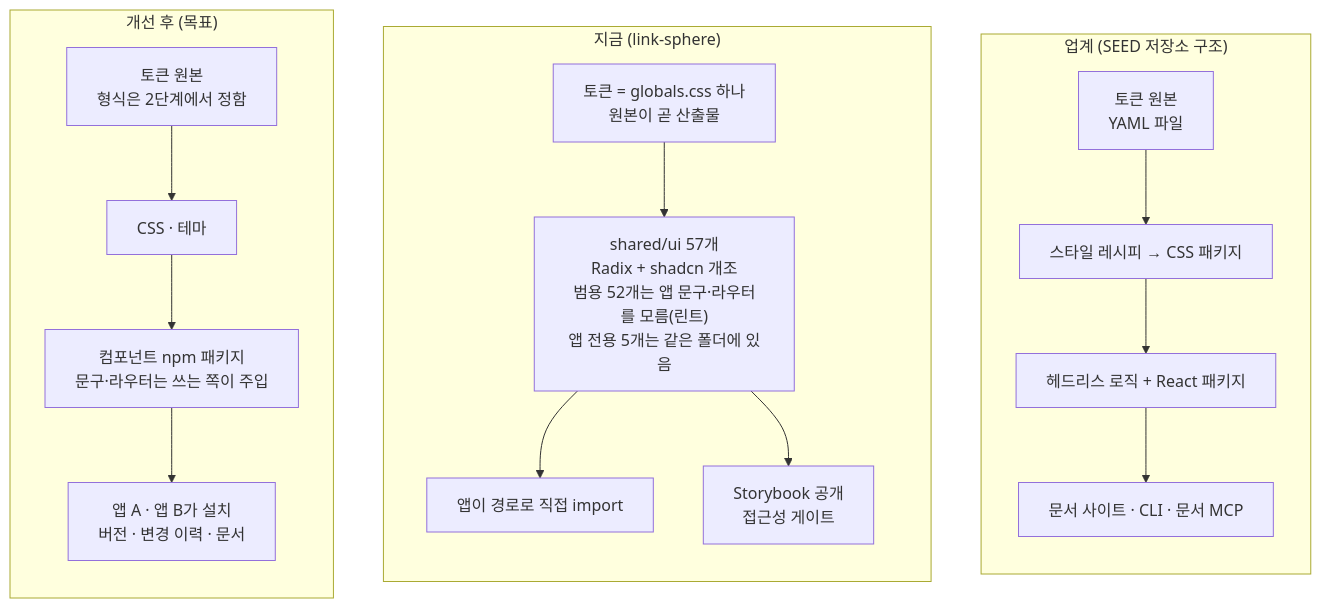
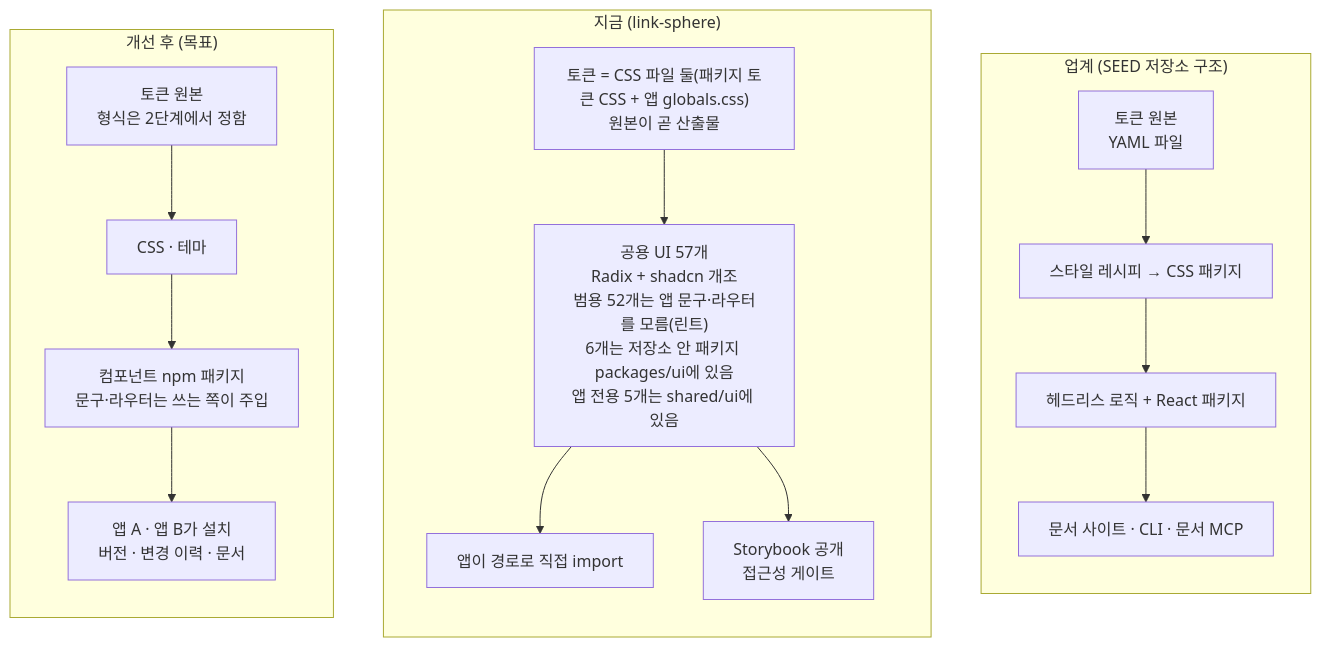
Before and after one commit to BAECHAN/link-sphere_FE_NEW: the diagram in docs/DESIGN-SYSTEM-ROADMAP.md, drawn with Mermaid. The commit also changed other lines of this file and 246 other files, not shown here.

````diff
--- a/docs/DESIGN-SYSTEM-ROADMAP.md
+++ b/docs/DESIGN-SYSTEM-ROADMAP.md
@@ -51,21 +51,21 @@
 ```mermaid
 flowchart TB
     subgraph std ["업계 (SEED 저장소 구조)"]
         direction TB
         S1["토큰 원본<br/>YAML 파일"] --> S2["스타일 레시피 → CSS 패키지"]
         S2 --> S3["헤드리스 로직 + React 패키지"]
         S3 --> S4["문서 사이트 · CLI · 문서 MCP"]
     end
     subgraph now ["지금 (link-sphere)"]
         direction TB
-        N1["토큰 = globals.css 하나<br/>원본이 곧 산출물"] --> N2["shared/ui 57개<br/>Radix + shadcn 개조<br/>범용 52개는 앱 문구·라우터를 모름(린트)<br/>앱 전용 5개는 같은 폴더에 있음"]
+        N1["토큰 = CSS 파일 둘(패키지 토큰 CSS + 앱 globals.css)<br/>원본이 곧 산출물"] --> N2["공용 UI 57개<br/>Radix + shadcn 개조<br/>범용 52개는 앱 문구·라우터를 모름(린트)<br/>6개는 저장소 안 패키지 packages/ui에 있음<br/>앱 전용 5개는 shared/ui에 있음"]
         N2 --> N3["앱이 경로로 직접 import"]
         N2 --> N4["Storybook 공개<br/>접근성 게이트"]
     end
     subgraph after ["개선 후 (목표)"]
         direction TB
         A1["토큰 원본<br/>형식은 2단계에서 정함"] --> A2["CSS · 테마"]
         A2 --> A3["컴포넌트 npm 패키지<br/>문구·라우터는 쓰는 쪽이 주입"]
         A3 --> A4["앱 A · 앱 B가 설치<br/>버전 · 변경 이력 · 문서"]
     end
 ```
````
